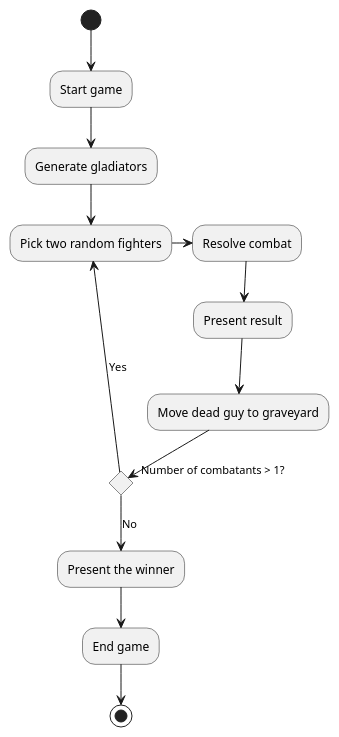
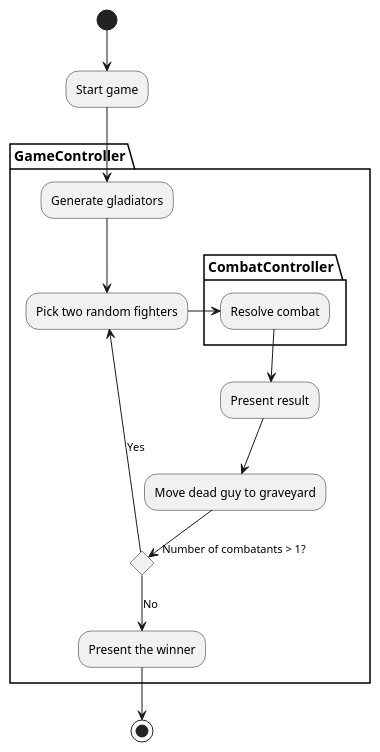
The diagram in src/Week 7/decision-tree-game.plantuml (kparkov/programming-fundamentals), drawn with PlantUML before and after one commit. The commit also changed 3 other files, not shown here.

Commit message:
Update diagrams

```diff
--- a/src/Week 7/decision-tree-game.plantuml
+++ b/src/Week 7/decision-tree-game.plantuml
@@ -1,16 +1,23 @@
 @startuml
-(*) --> Start game
-	--> Generate gladiators
-	--> Pick two random fighters
-	-> Resolve combat
-	--> Present result
-	--> Move dead guy to graveyard
+	(*) --> Start game
 
-	if "Number of combatants > 1?" then
-		-left->[Yes] Pick two random fighters
-	else
-		-down->[No] Present the winner
-		--> End game
-		--> (*)
-	endif
+	partition GameController {
+		--> Generate gladiators
+		--> Pick two random fighters
+
+		partition CombatController {
+			-> Resolve combat
+		}
+		
+		--> Present result
+		--> Move dead guy to graveyard
+
+		if "Number of combatants > 1?" then
+			-left->[Yes] Pick two random fighters
+		else
+			-down->[No] Present the winner
+		endif
+	}
+
+	--> (*)
 @enduml
```
